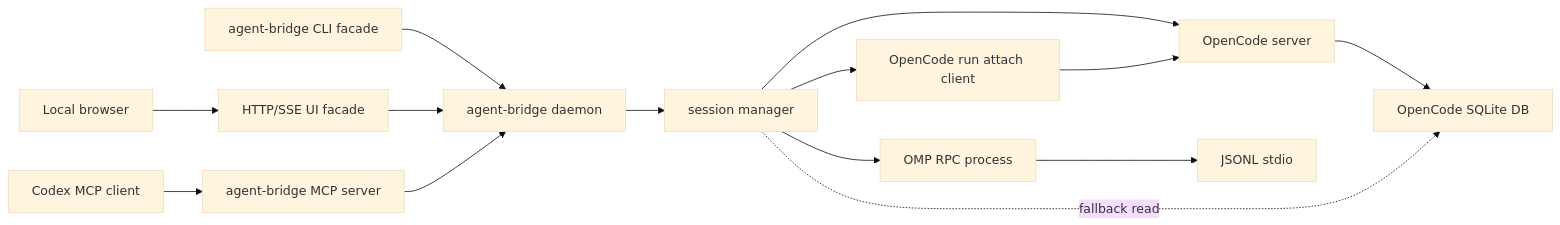
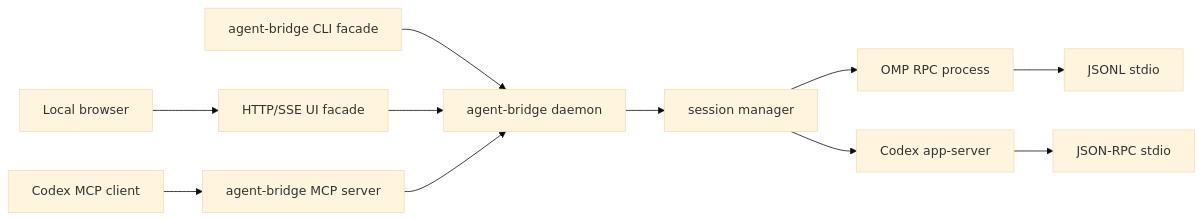
One commit to LeoWang329/agent-bridge changed the diagram in docs/DEVELOPMENT.md. Above: the diagram before and after it, drawn with Mermaid (base theme). The commit also changed other lines of this file and 6 other files, not shown here.

````diff
--- a/docs/DEVELOPMENT.md
+++ b/docs/DEVELOPMENT.md
@@ -27,16 +26,13 @@
 ```mermaid
 flowchart LR
   Codex["Codex MCP client"] --> Bridge["agent-bridge MCP server"]
   CLI["agent-bridge CLI facade"] --> Daemon["agent-bridge daemon"]
   Browser["Local browser"] --> UI["HTTP/SSE UI facade"]
   UI --> Daemon
   Bridge --> Daemon
   Daemon --> BridgeCore["session manager"]
   BridgeCore --> OMP["OMP RPC process"]
-  BridgeCore --> OCS["OpenCode server"]
-  BridgeCore --> OCR["OpenCode run attach client"]
+  BridgeCore --> CDX["Codex app-server"]
   OMP --> OMPIO["JSONL stdio"]
-  OCS --> OCDB["OpenCode SQLite DB"]
-  OCR --> OCS
-  BridgeCore -. "fallback read" .-> OCDB
+  CDX --> CDXIO["JSON-RPC stdio"]
 ```
````
